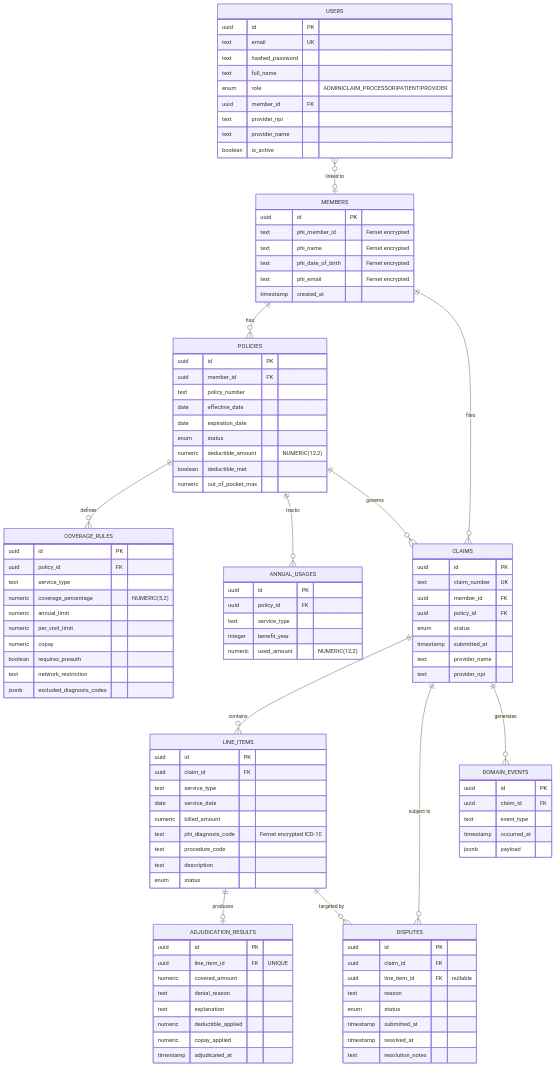
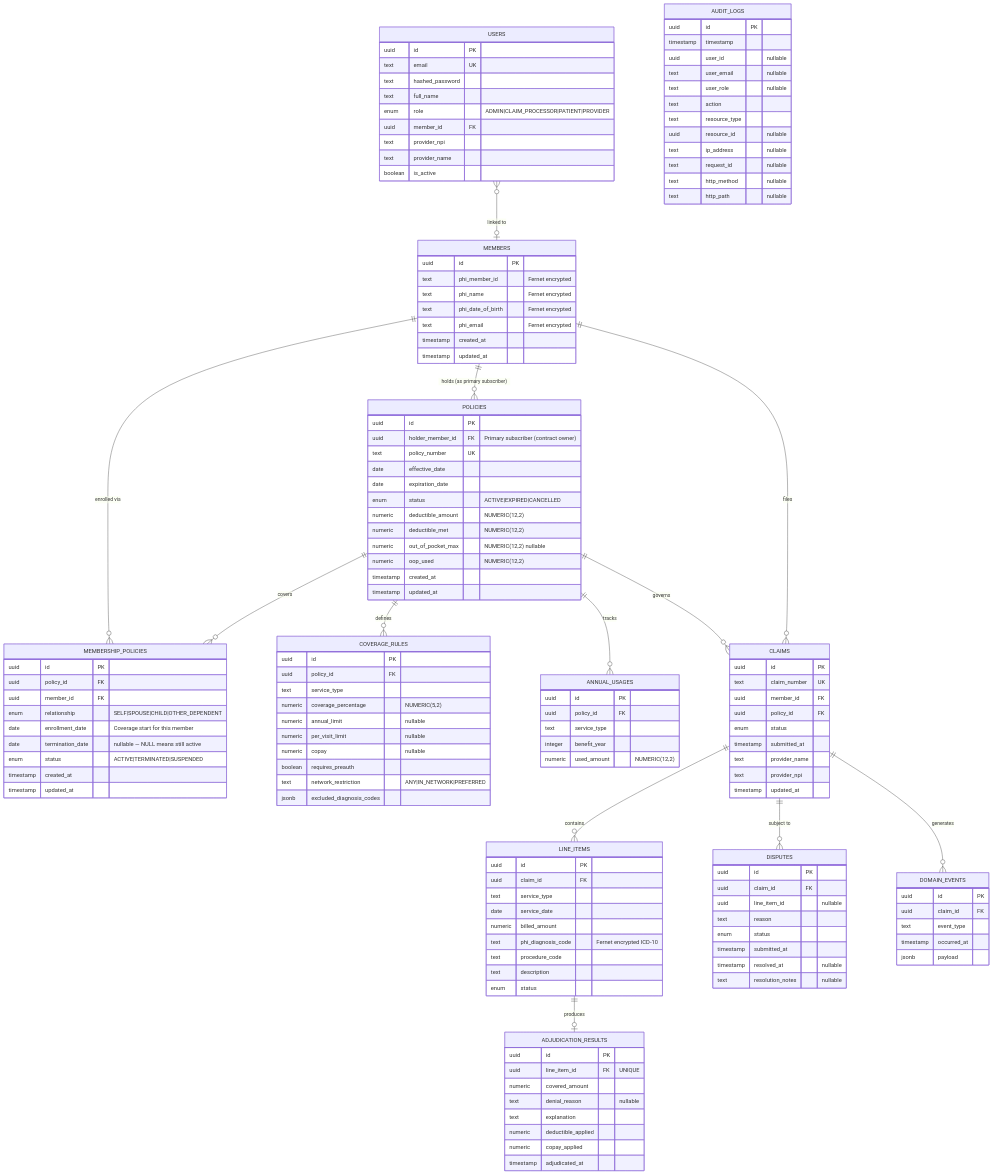
Before and after one commit to sumitmallick/BenefitLens: the first of 2 diagrams in README.md, drawn with Mermaid. The commit also changed other lines of this file and 6 other files, not shown here.

````diff
--- a/README.md
+++ b/README.md
@@ -134,6 +134,7 @@
         text phi_date_of_birth "Fernet encrypted"
         text phi_email "Fernet encrypted"
         timestamp created_at
+        timestamp updated_at
     }
 
     USERS {
@@ -150,14 +151,29 @@
 
     POLICIES {
         uuid id PK
-        uuid member_id FK
-        text policy_number
+        uuid holder_member_id FK "Primary subscriber (contract owner)"
+        text policy_number UK
         date effective_date
         date expiration_date
-        enum status
+        enum status "ACTIVE|EXPIRED|CANCELLED"
         numeric deductible_amount "NUMERIC(12,2)"
-        boolean deductible_met
-        numeric out_of_pocket_max
+        numeric deductible_met "NUMERIC(12,2)"
+        numeric out_of_pocket_max "NUMERIC(12,2) nullable"
+        numeric oop_used "NUMERIC(12,2)"
+        timestamp created_at
+        timestamp updated_at
+    }
+
+    MEMBERSHIP_POLICIES {
+        uuid id PK
+        uuid policy_id FK
+        uuid member_id FK
+        enum relationship "SELF|SPOUSE|CHILD|OTHER_DEPENDENT"
+        date enrollment_date "Coverage start for this member"
+        date termination_date "nullable — NULL means still active"
+        enum status "ACTIVE|TERMINATED|SUSPENDED"
+        timestamp created_at
+        timestamp updated_at
     }
 
     COVERAGE_RULES {
@@ -165,11 +181,11 @@
         uuid policy_id FK
         text service_type
         numeric coverage_percentage "NUMERIC(5,2)"
-        numeric annual_limit
-        numeric per_visit_limit
-        numeric copay
+        numeric annual_limit "nullable"
+        numeric per_visit_limit "nullable"
+        numeric copay "nullable"
         boolean requires_preauth
-        text network_restriction
+        text network_restriction "ANY|IN_NETWORK|PREFERRED"
         jsonb excluded_diagnosis_codes
     }
 
@@ -190,6 +206,7 @@
         timestamp submitted_at
         text provider_name
         text provider_npi
+        timestamp updated_at
     }
 
     LINE_ITEMS {
@@ -208,7 +225,7 @@
         uuid id PK
         uuid line_item_id FK "UNIQUE"
         numeric covered_amount
-        text denial_reason
+        text denial_reason "nullable"
         text explanation
         numeric deductible_applied
         numeric copay_applied
@@ -218,12 +235,12 @@
     DISPUTES {
         uuid id PK
         uuid claim_id FK
-        uuid line_item_id FK "nullable"
+        uuid line_item_id "nullable"
         text reason
         enum status
         timestamp submitted_at
-        timestamp resolved_at
-        text resolution_notes
+        timestamp resolved_at "nullable"
+        text resolution_notes "nullable"
     }
 
     DOMAIN_EVENTS {
@@ -234,9 +251,26 @@
         jsonb payload
     }
 
-    MEMBERS ||--o{ POLICIES : "has"
+    AUDIT_LOGS {
+        uuid id PK
+        timestamp timestamp
+        uuid user_id "nullable"
+        text user_email "nullable"
+        text user_role "nullable"
+        text action
+        text resource_type
+        uuid resource_id "nullable"
+        text ip_address "nullable"
+        text request_id "nullable"
+        text http_method "nullable"
+        text http_path "nullable"
+    }
+
+    MEMBERS ||--o{ MEMBERSHIP_POLICIES : "enrolled via"
+    MEMBERS ||--o{ POLICIES : "holds (as primary subscriber)"
     MEMBERS ||--o{ CLAIMS : "files"
     USERS }o--o| MEMBERS : "linked to"
+    POLICIES ||--o{ MEMBERSHIP_POLICIES : "covers"
     POLICIES ||--o{ COVERAGE_RULES : "defines"
     POLICIES ||--o{ ANNUAL_USAGES : "tracks"
     POLICIES ||--o{ CLAIMS : "governs"
@@ -244,5 +278,4 @@
     CLAIMS ||--o{ DISPUTES : "subject to"
     CLAIMS ||--o{ DOMAIN_EVENTS : "generates"
     LINE_ITEMS ||--o| ADJUDICATION_RESULTS : "produces"
-    LINE_ITEMS ||--o{ DISPUTES : "targeted by"
 ```
````
